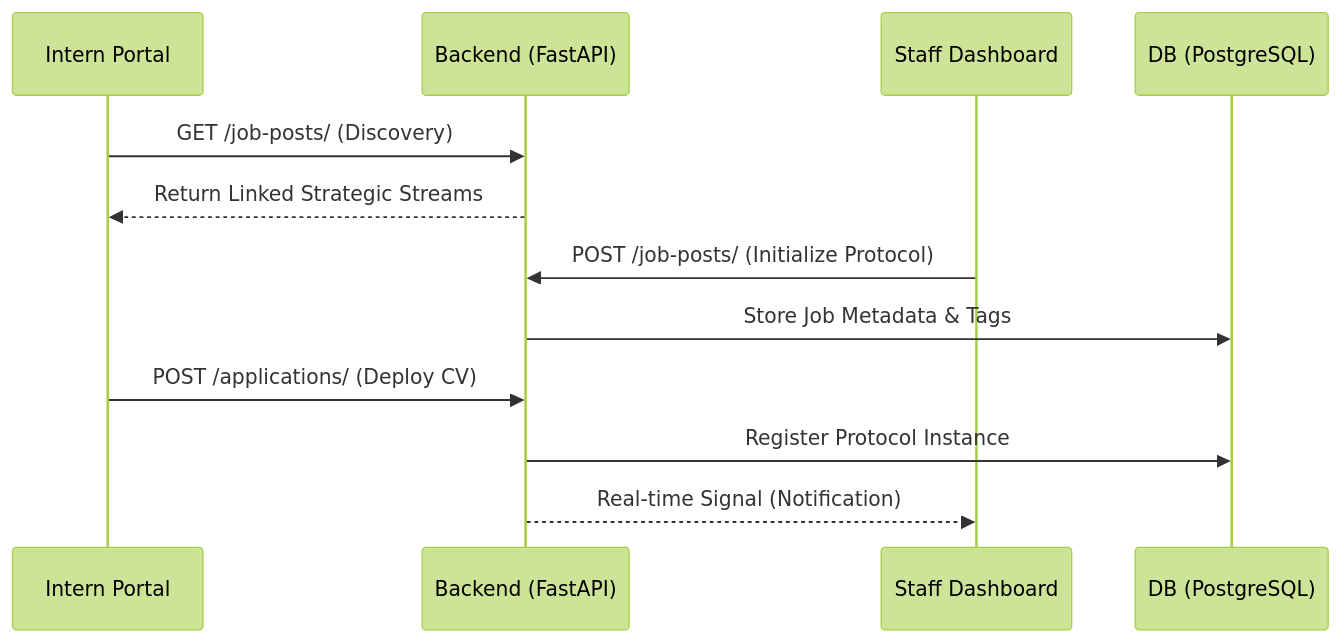
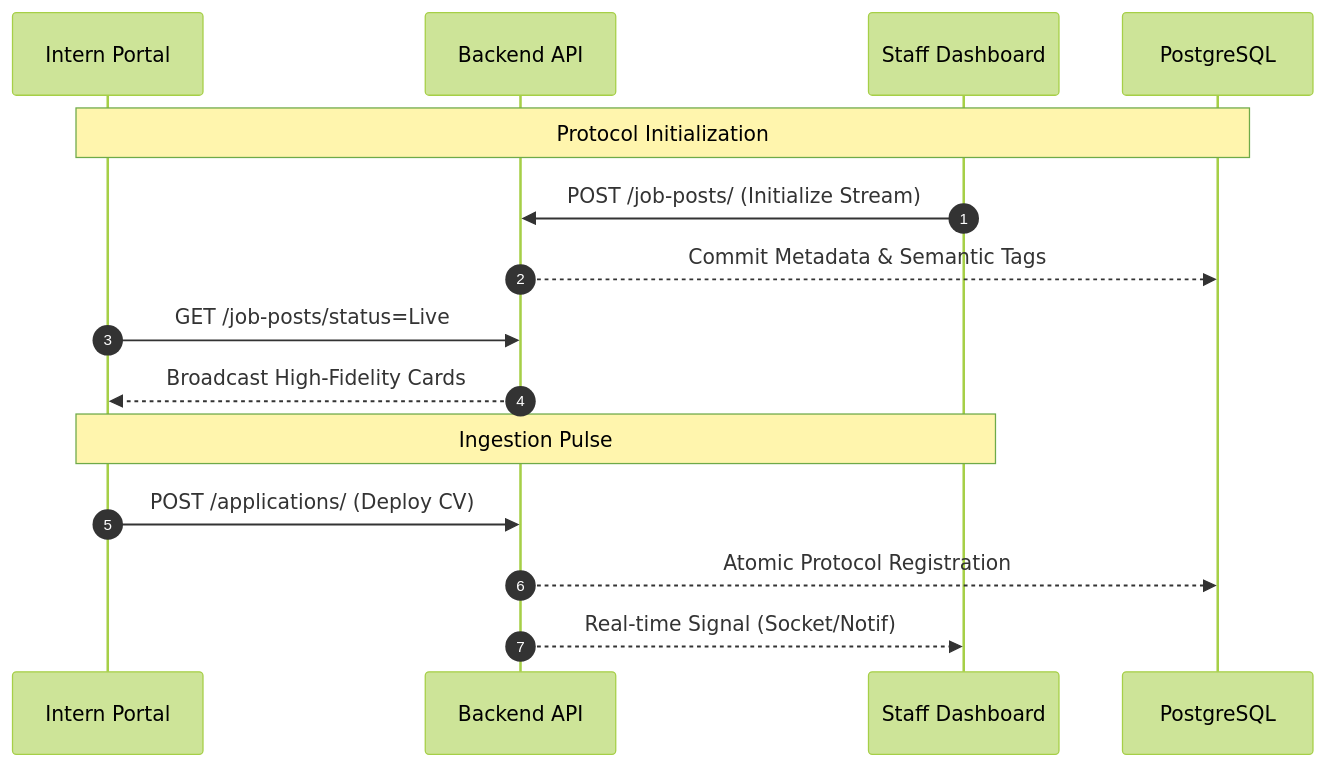
The diagram in README.md (Viraj-005/LoopLab-IMS), drawn with Mermaid (forest theme) before and after one commit. The commit also changed other lines of this file, not shown here.

````diff
--- a/README.md
+++ b/README.md
@@ -17,15 +25,19 @@
 ```mermaid
 sequenceDiagram
+    autonumber
     participant I as Intern Portal
-    participant B as Backend (FastAPI)
+    participant B as Backend API
     participant S as Staff Dashboard
-    participant D as DB (PostgreSQL)
+    participant D as PostgreSQL
 
-    I->>B: GET /job-posts/ (Discovery)
-    B-->>I: Return Linked Strategic Streams
-    S->>B: POST /job-posts/ (Initialize Protocol)
-    B->>D: Store Job Metadata & Tags
+    Note over I,D: Protocol Initialization
+    S->>B: POST /job-posts/ (Initialize Stream)
+    B-->>D: Commit Metadata & Semantic Tags
+    I->>B: GET /job-posts/status=Live
+    B-->>I: Broadcast High-Fidelity Cards
+    
+    Note over I,S: Ingestion Pulse
     I->>B: POST /applications/ (Deploy CV)
-    B->>D: Register Protocol Instance
-    B-->>S: Real-time Signal (Notification)
+    B-->>D: Atomic Protocol Registration
+    B-->>S: Real-time Signal (Socket/Notif)
 ```
````
